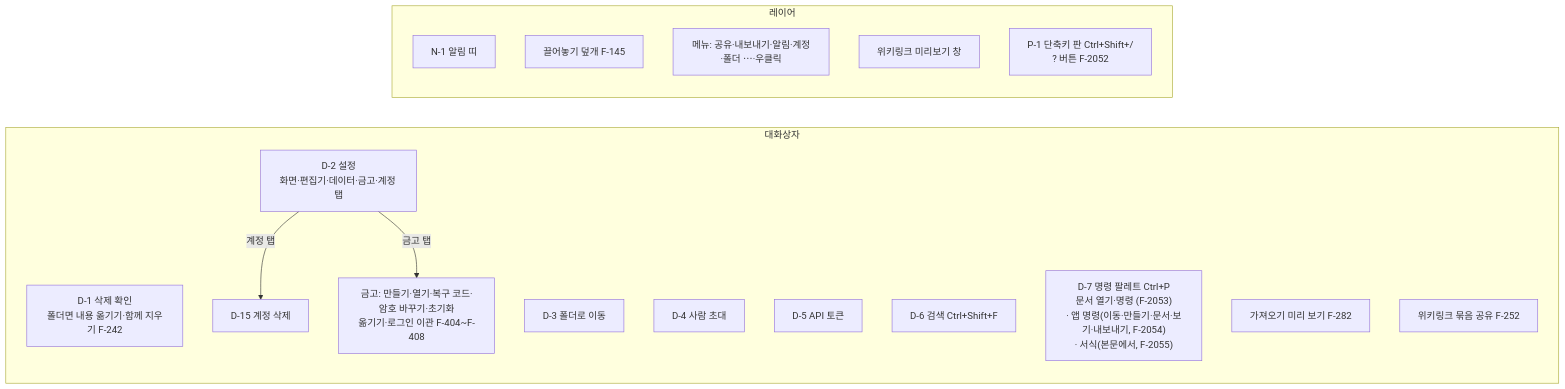
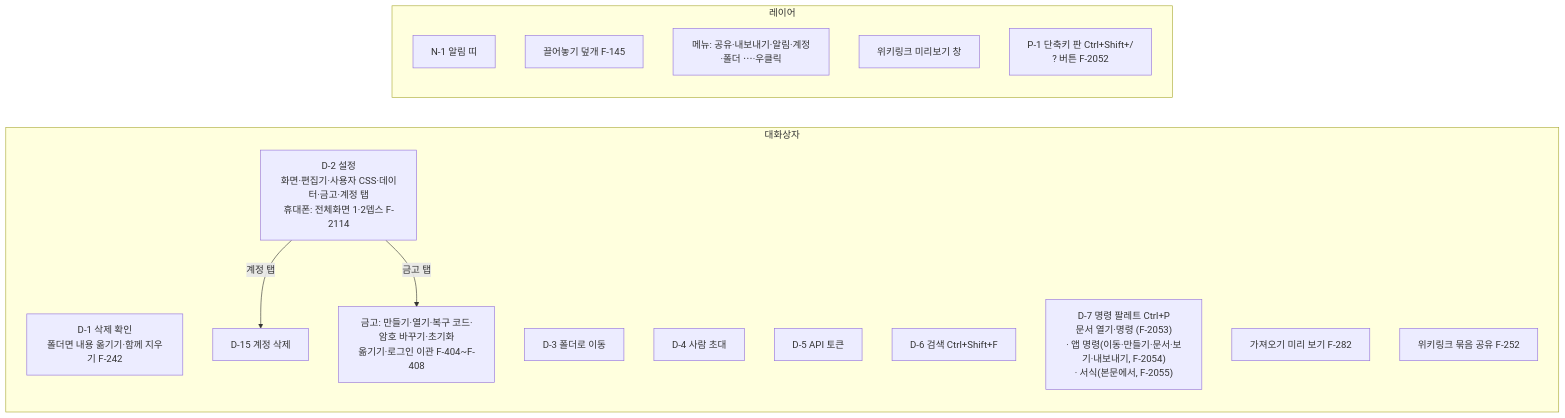
The fourth of 5 diagrams in specs/map.md (R00neyj/rawdoc), drawn with Mermaid before and after one commit. The commit also changed other lines of this file and 4 other files, not shown here.

First line of the commit message:
F-2114 휴대폰 폭 설정 전체화면 1뎁스·2뎁스 명세

````diff
--- a/specs/map.md
+++ b/specs/map.md
@@ -112,25 +112,25 @@
 ```mermaid
 flowchart LR
   subgraph dlg["대화상자"]
     D1["D-1 삭제 확인<br/>폴더면 내용 옮기기·함께 지우기 F-242"]
-    D2["D-2 설정<br/>화면·편집기·데이터·금고·계정 탭"]
+    D2["D-2 설정<br/>화면·편집기·사용자 CSS·데이터·금고·계정 탭<br/>휴대폰: 전체화면 1·2뎁스 F-2114"]
     D3["D-3 폴더로 이동"]
     D4["D-4 사람 초대"]
     D5["D-5 API 토큰"]
     D6["D-6 검색 Ctrl+Shift+F"]
     D7["D-7 명령 팔레트 Ctrl+P<br/>문서 열기·명령 (F-2053)<br/>· 앱 명령(이동·만들기·문서·보기·내보내기, F-2054)<br/>· 서식(본문에서, F-2055)"]
     D15["D-15 계정 삭제"]
     imp["가져오기 미리 보기 F-282"]
     set["위키링크 묶음 공유 F-252"]
     vault["금고: 만들기·열기·복구 코드·암호 바꾸기·초기화<br/>옮기기·로그인 이관 F-404~F-408"]
   end
   subgraph layer["레이어"]
     N1["N-1 알림 띠"]
     drop["끌어놓기 덮개 F-145"]
     menus["메뉴: 공유·내보내기·알림·계정·폴더 ⋯·우클릭"]
     preview["위키링크 미리보기 창"]
     P1["P-1 단축키 판 Ctrl+Shift+/<br/>? 버튼 F-2052"]
   end
   D2 -- "계정 탭" --> D15
   D2 -- "금고 탭" --> vault
 ```
````
